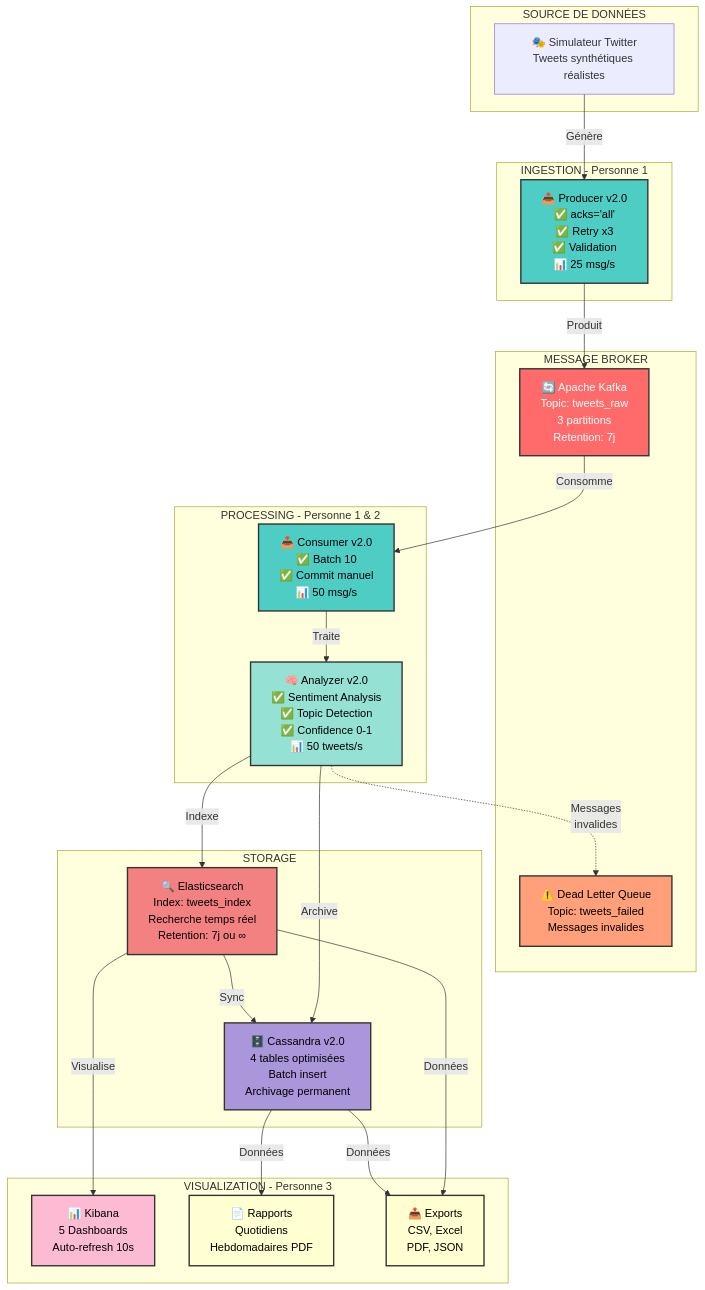
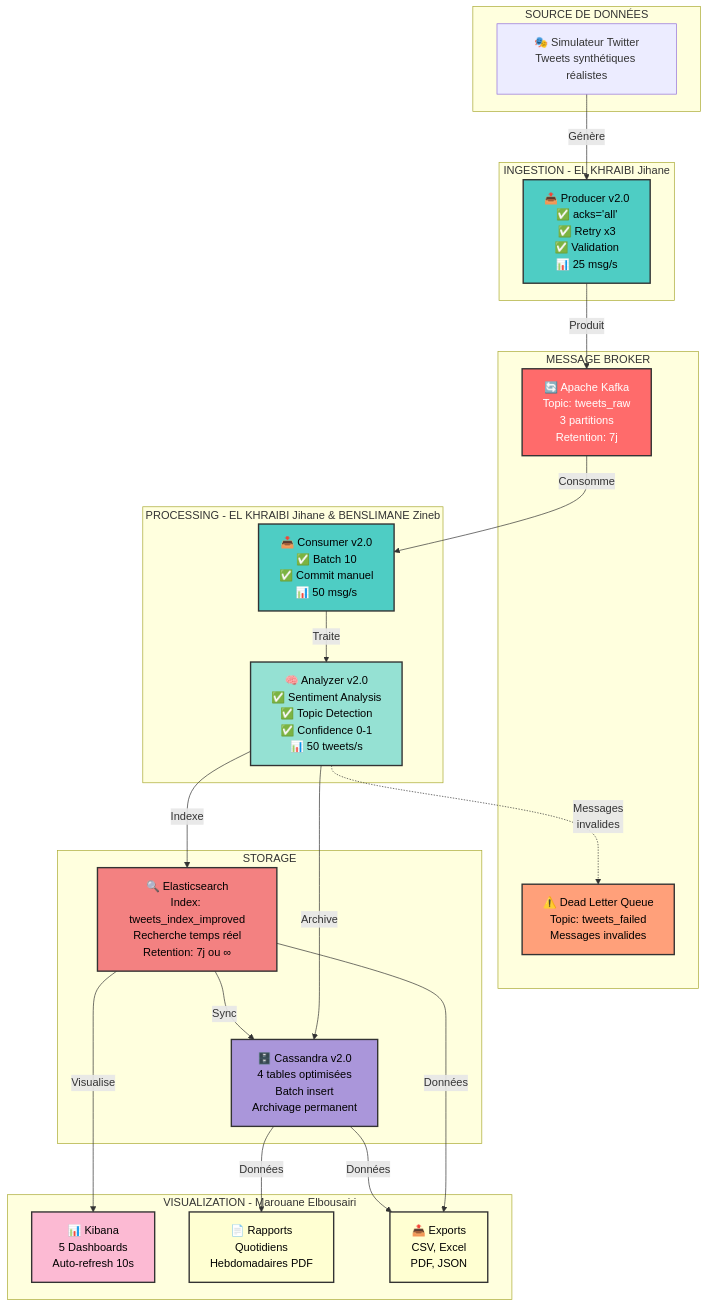
One commit to jeyji1949/Real-time-tweets-streaming changed the first of 2 diagrams in README.md. Above: the diagram before and after it, drawn with Mermaid. The commit also changed other lines of this file, not shown here.

````diff
--- a/README.md
+++ b/README.md
@@ -32,55 +31,55 @@
 ```mermaid
 graph TB
     subgraph "SOURCE DE DONNÉES"
         SIM[🎭 Simulateur Twitter<br/>Tweets synthétiques réalistes]
     end
     
-    subgraph "INGESTION - Personne 1"
+    subgraph "INGESTION - EL KHRAIBI Jihane"
         PROD[📤 Producer v2.0<br/>✅ acks='all'<br/>✅ Retry x3<br/>✅ Validation<br/>📊 25 msg/s]
     end
     
     subgraph "MESSAGE BROKER"
         KAFKA[🔄 Apache Kafka<br/>Topic: tweets_raw<br/>3 partitions<br/>Retention: 7j]
         DLQ[⚠️ Dead Letter Queue<br/>Topic: tweets_failed<br/>Messages invalides]
     end
     
-    subgraph "PROCESSING - Personne 1 & 2"
+    subgraph "PROCESSING - EL KHRAIBI Jihane & BENSLIMANE Zineb"
         CONS[📥 Consumer v2.0<br/>✅ Batch 10<br/>✅ Commit manuel<br/>📊 50 msg/s]
         ANAL[🧠 Analyzer v2.0<br/>✅ Sentiment Analysis<br/>✅ Topic Detection<br/>✅ Confidence 0-1<br/>📊 50 tweets/s]
     end
     
     subgraph "STORAGE"
-        ES[🔍 Elasticsearch<br/>Index: tweets_index<br/>Recherche temps réel<br/>Retention: 7j ou ∞]
+        ES[🔍 Elasticsearch<br/>Index: tweets_index_improved<br/>Recherche temps réel<br/>Retention: 7j ou ∞]
         CASS[🗄️ Cassandra v2.0<br/>4 tables optimisées<br/>Batch insert<br/>Archivage permanent]
     end
     
-    subgraph "VISUALIZATION - Personne 3"
+    subgraph "VISUALIZATION - Marouane Elbousairi"
         KIB[📊 Kibana<br/>5 Dashboards<br/>Auto-refresh 10s]
         REP[📄 Rapports<br/>Quotidiens<br/>Hebdomadaires PDF]
         EXP[📤 Exports<br/>CSV, Excel<br/>PDF, JSON]
     end
     
     SIM -->|Génère| PROD
     PROD -->|Produit| KAFKA
     KAFKA -->|Consomme| CONS
     CONS -->|Traite| ANAL
     ANAL -->|Indexe| ES
     ANAL -->|Archive| CASS
     ANAL -.->|Messages<br/>invalides| DLQ
     ES -->|Sync| CASS
     ES -->|Visualise| KIB
     CASS -->|Données| REP
     ES -->|Données| EXP
     CASS -->|Données| EXP
     
     style PROD fill:#4ECDC4,stroke:#333,stroke-width:2px,color:#000
     style CONS fill:#4ECDC4,stroke:#333,stroke-width:2px,color:#000
     style ANAL fill:#95E1D3,stroke:#333,stroke-width:2px,color:#000
     style KAFKA fill:#FF6B6B,stroke:#333,stroke-width:2px,color:#fff
     style DLQ fill:#FFA07A,stroke:#333,stroke-width:2px,color:#000
     style ES fill:#F38181,stroke:#333,stroke-width:2px,color:#000
     style CASS fill:#AA96DA,stroke:#333,stroke-width:2px,color:#000
     style KIB fill:#FCBAD3,stroke:#333,stroke-width:2px,color:#000
     style REP fill:#FFFFD2,stroke:#333,stroke-width:2px,color:#000
     style EXP fill:#FFFFD2,stroke:#333,stroke-width:2px,color:#000
 ```
````
